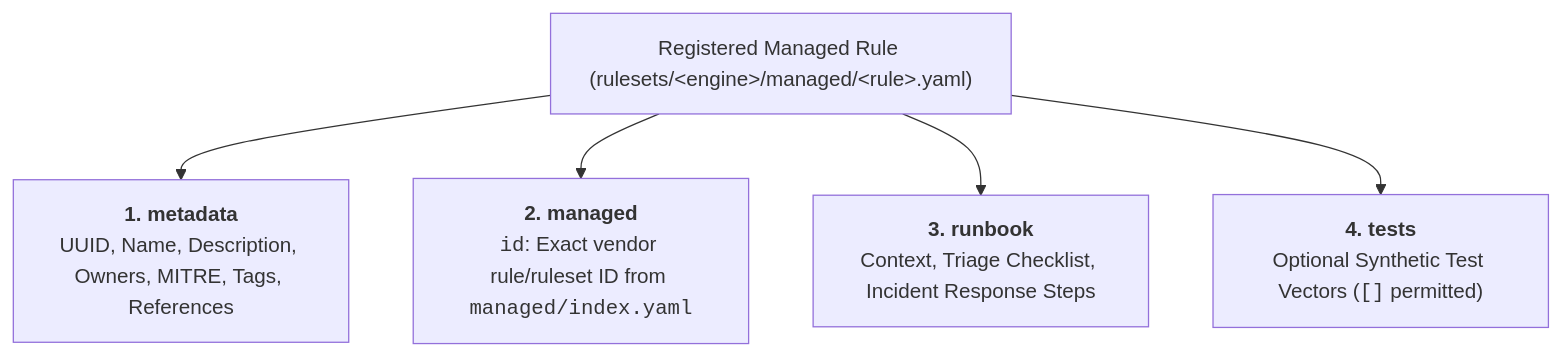
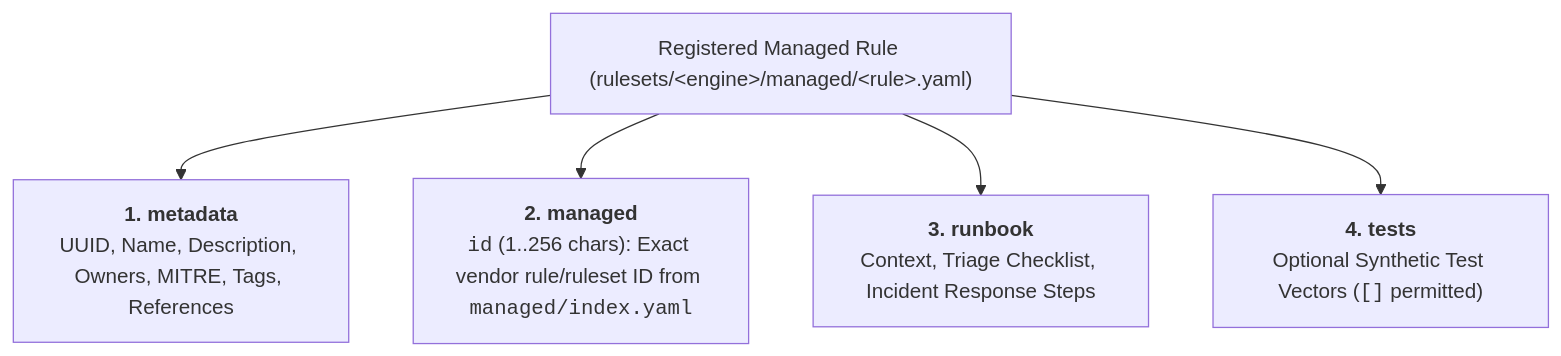
The fourth of 5 diagrams in docs/analysts/rule_authoring.md (lopes/graft), drawn with Mermaid before and after one commit. The commit also changed other lines of this file and 73 other files, not shown here.

````diff
--- a/docs/analysts/rule_authoring.md
+++ b/docs/analysts/rule_authoring.md
@@ -409,8 +412,8 @@
 ```mermaid
 flowchart TD
     ROOT["Registered Managed Rule (rulesets/&lt;engine&gt;/managed/&lt;rule&gt;.yaml)"]
     ROOT --> B1["<b>1. metadata</b><br/>UUID, Name, Description, Owners, MITRE, Tags, References"]
-    ROOT --> B2["<b>2. managed</b><br/><code>id</code>: Exact vendor rule/ruleset ID from <code>managed/index.yaml</code>"]
+    ROOT --> B2["<b>2. managed</b><br/><code>id</code> (1..256 chars): Exact vendor rule/ruleset ID from <code>managed/index.yaml</code>"]
     ROOT --> B3["<b>3. runbook</b><br/>Context, Triage Checklist, Incident Response Steps"]
     ROOT --> B4["<b>4. tests</b><br/>Optional Synthetic Test Vectors (<code>[]</code> permitted)"]
 ```
````
